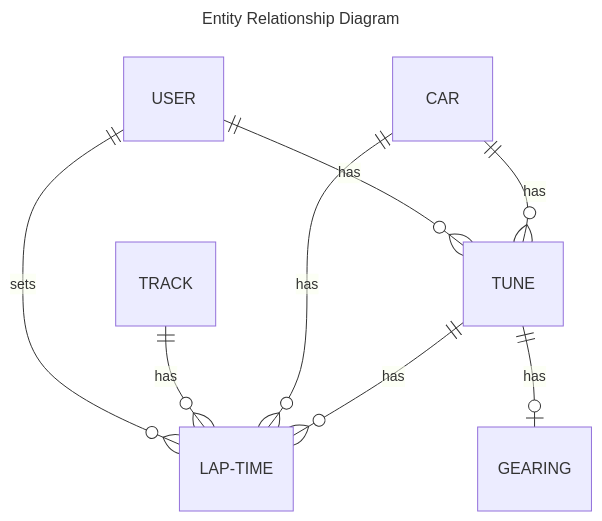
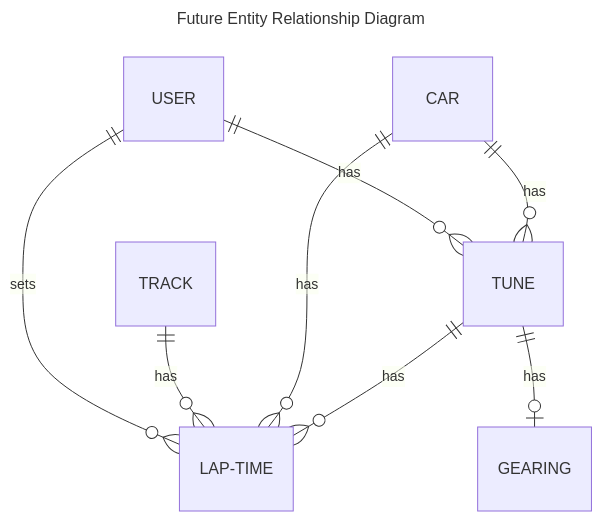
Before and after one commit to robbyronk/leadfoot: the first of 2 diagrams in docs/entity-relationships.md, drawn with Mermaid. The commit also changed other lines of this file, not shown here.

````diff
--- a/docs/entity-relationships.md
+++ b/docs/entity-relationships.md
@@ -3,13 +3,13 @@
 ```mermaid
 ---
-title: Entity Relationship Diagram
+title: Future Entity Relationship Diagram
 ---
 erDiagram
     USER ||--o{ LAP-TIME : sets
     USER ||--o{ TUNE : has
     TRACK ||--o{ LAP-TIME : has
     CAR ||--o{ LAP-TIME : has
     TUNE ||--o{ LAP-TIME : has
     TUNE ||--o| GEARING : has
     CAR ||--o{ TUNE : has
 ```
````
